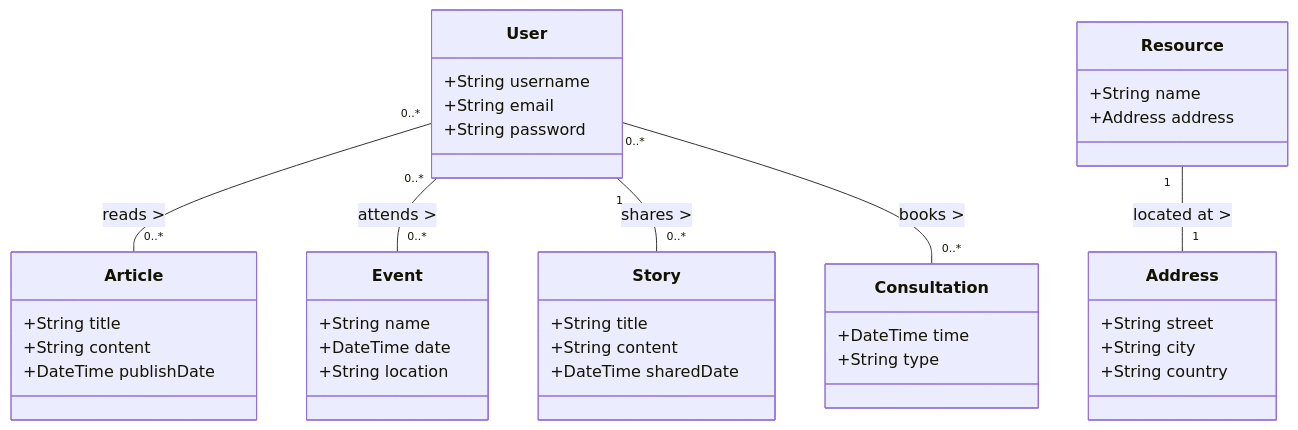
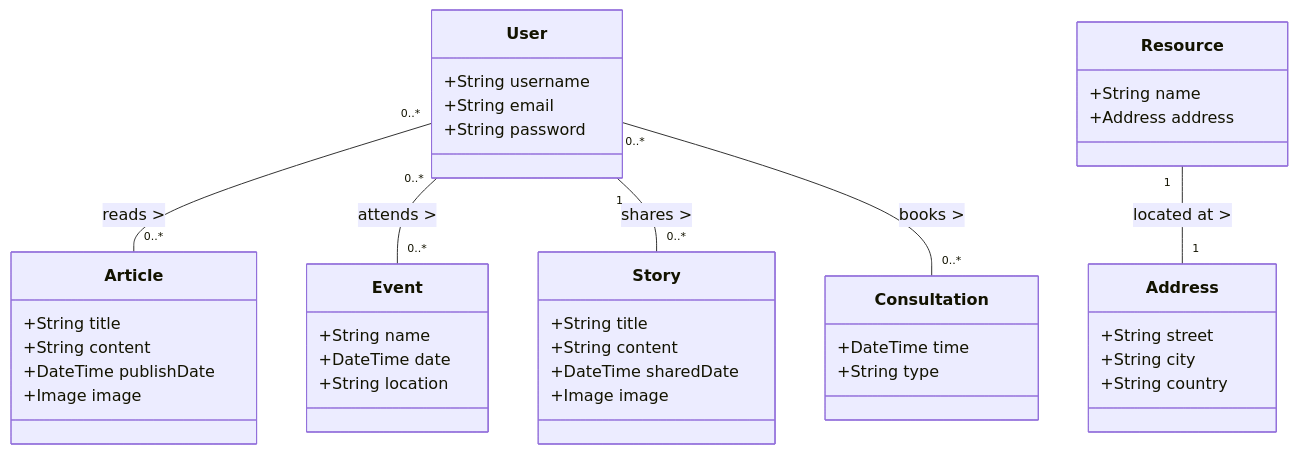
Before and after one commit to joey557/aidsbridge: the diagram in README.md, drawn with Mermaid.

Commit message:
add readMe about image

````diff
--- a/README.md
+++ b/README.md
@@ -53,47 +53,49 @@
 ```mermaid
 ---
 Object Model for AIDBRIDGE platform
 ---
 classDiagram
     class User {
       +String username
       +String email
       +String password
     }
     class Article {
       +String title
       +String content
       +DateTime publishDate
+      +Image image
     }
     class Event {
       +String name
       +DateTime date
       +String location
     }
     class Resource {
       +String name
       +Address address
     }
     class Consultation {
       +DateTime time
       +String type
     }
     class Story {
       +String title
       +String content
       +DateTime sharedDate
+      +Image image
     }
     class Address {
       +String street
       +String city
       +String country
     }
 
     User "0..*" -- "0..*" Article : reads >
     User "0..*" -- "0..*" Event : attends >
     User "1" -- "0..*" Story : shares >
     User "0..*" -- "0..*" Consultation : books >
     Resource "1" -- "1" Address : located at >
 
     
 ```
````
